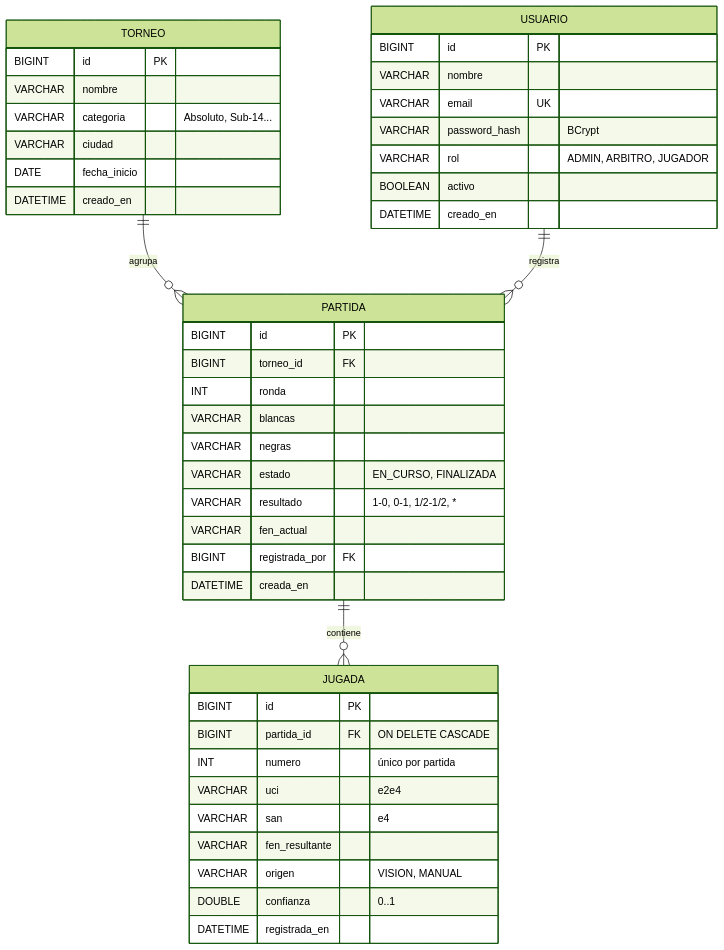
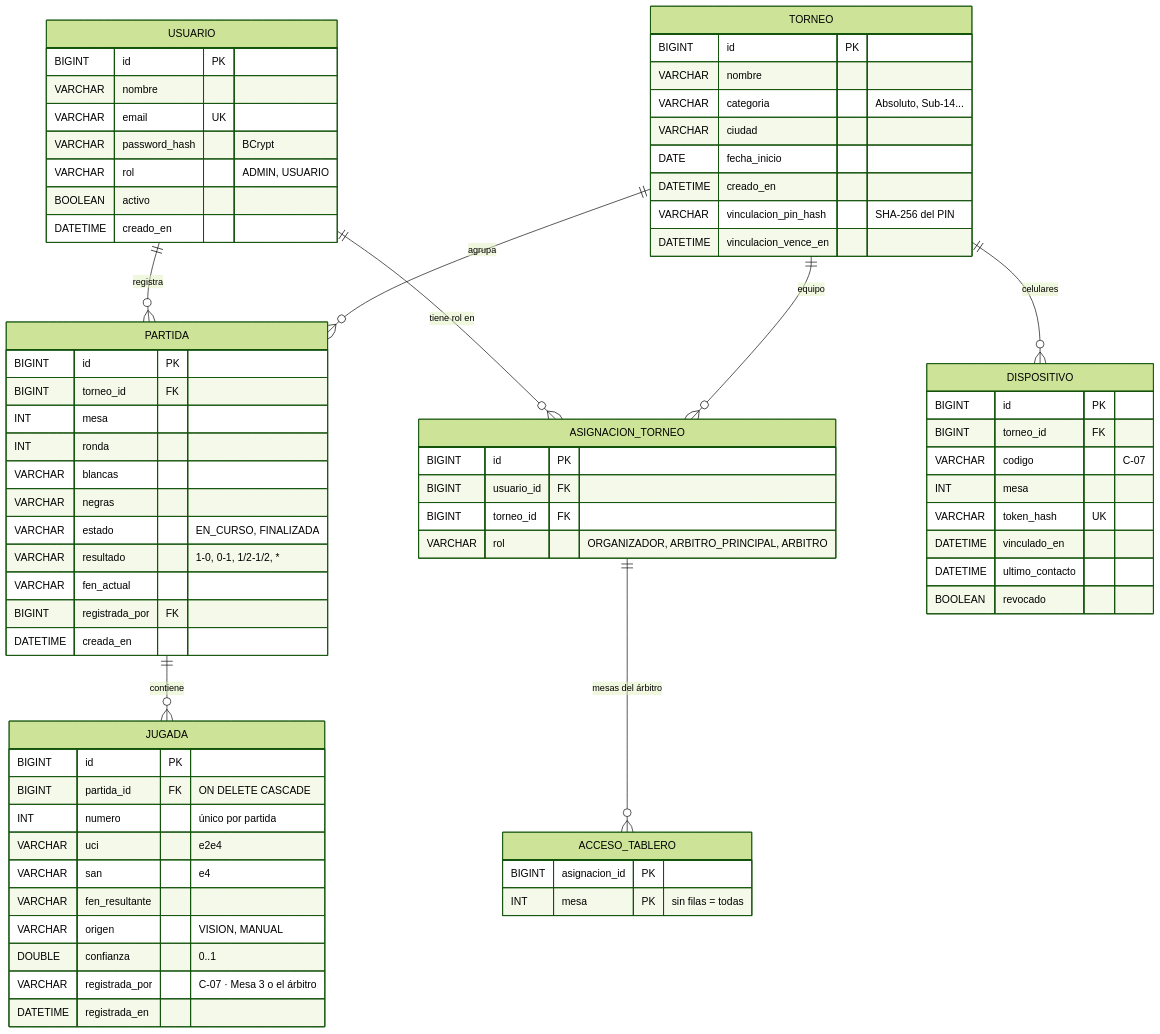
Before and after one commit to dj-t4b/ajedrez-vision-fba: the diagram in docs/er.md, drawn with Mermaid (forest theme). The commit also changed other lines of this file and 15 other files, not shown here.

Commit message:
App: vinculación por QR o PIN sin login, código y mesa en pantalla, registra siempre la jugada más probable y «Terminar partida»; docs y UML al día

````diff
--- a/docs/er.md
+++ b/docs/er.md
@@ -5,47 +5,75 @@
 ```mermaid
 erDiagram
     TORNEO ||--o{ PARTIDA : agrupa
+    TORNEO ||--o{ ASIGNACION_TORNEO : "equipo"
+    USUARIO ||--o{ ASIGNACION_TORNEO : "tiene rol en"
+    ASIGNACION_TORNEO ||--o{ ACCESO_TABLERO : "mesas del árbitro"
+    TORNEO ||--o{ DISPOSITIVO : "celulares"
     USUARIO ||--o{ PARTIDA : registra
     PARTIDA ||--o{ JUGADA : contiene
 
     USUARIO {
         BIGINT id PK
         VARCHAR nombre
         VARCHAR email UK
         VARCHAR password_hash "BCrypt"
-        VARCHAR rol "ADMIN, ARBITRO, JUGADOR"
+        VARCHAR rol "ADMIN, USUARIO"
         BOOLEAN activo
         DATETIME creado_en
     }
     TORNEO {
         BIGINT id PK
         VARCHAR nombre
         VARCHAR categoria "Absoluto, Sub-14..."
         VARCHAR ciudad
         DATE fecha_inicio
         DATETIME creado_en
+        VARCHAR vinculacion_pin_hash "SHA-256 del PIN"
+        DATETIME vinculacion_vence_en
+    }
+    ASIGNACION_TORNEO {
+        BIGINT id PK
+        BIGINT usuario_id FK
+        BIGINT torneo_id FK
+        VARCHAR rol "ORGANIZADOR, ARBITRO_PRINCIPAL, ARBITRO"
+    }
+    ACCESO_TABLERO {
+        BIGINT asignacion_id PK
+        INT mesa PK "sin filas = todas"
+    }
+    DISPOSITIVO {
+        BIGINT id PK
+        BIGINT torneo_id FK
+        VARCHAR codigo "C-07"
+        INT mesa
+        VARCHAR token_hash UK
+        DATETIME vinculado_en
+        DATETIME ultimo_contacto
+        BOOLEAN revocado
     }
     PARTIDA {
         BIGINT id PK
         BIGINT torneo_id FK
+        INT mesa
         INT ronda
         VARCHAR blancas
         VARCHAR negras
         VARCHAR estado "EN_CURSO, FINALIZADA"
         VARCHAR resultado "1-0, 0-1, 1/2-1/2, *"
         VARCHAR fen_actual
         BIGINT registrada_por FK
         DATETIME creada_en
     }
     JUGADA {
         BIGINT id PK
         BIGINT partida_id FK "ON DELETE CASCADE"
         INT numero "único por partida"
         VARCHAR uci "e2e4"
         VARCHAR san "e4"
         VARCHAR fen_resultante
         VARCHAR origen "VISION, MANUAL"
         DOUBLE confianza "0..1"
+        VARCHAR registrada_por "C-07 · Mesa 3 o el árbitro"
         DATETIME registrada_en
     }
 ```
````
